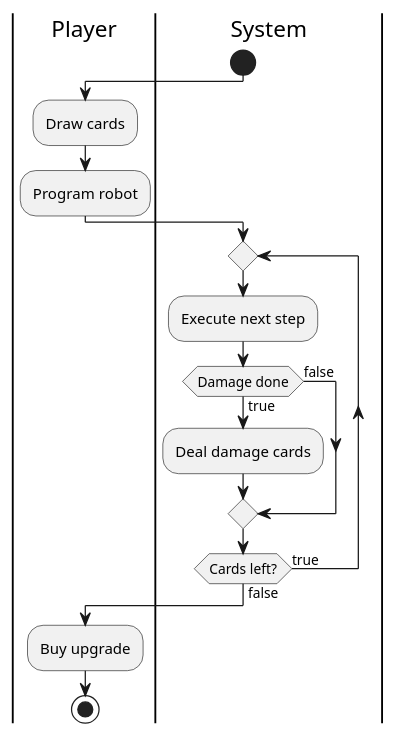
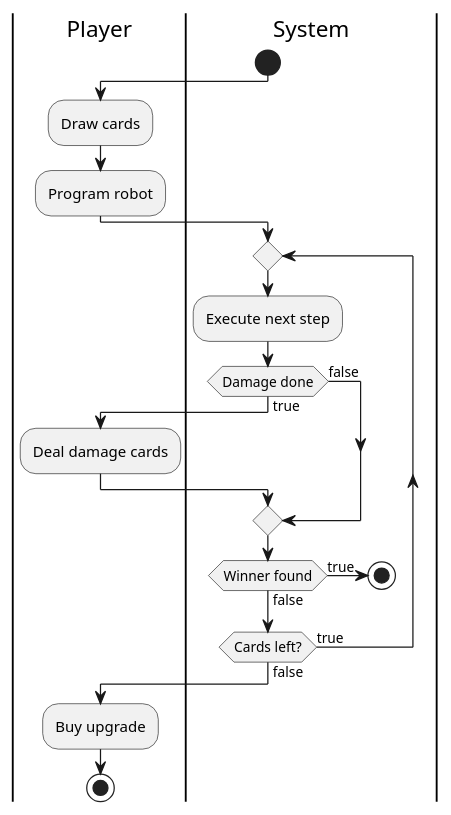
The diagram in src/main/Diagrams/ActivityOfOneRound.puml (CDIO-gr-17/RoboRally), drawn with PlantUML before and after one commit. The commit also changed 3 other files, not shown here.

```diff
--- a/src/main/Diagrams/ActivityOfOneRound.puml
+++ b/src/main/Diagrams/ActivityOfOneRound.puml
@@ -1,29 +1,35 @@
 @startuml
 'https://plantuml.com/activity-diagram-beta
 
 |Player|
 |System|
 start
 |Player|
 :Draw cards;
 |Player|
 :Program robot;
 |System|
 repeat
 :Execute next step;
 
 if (Damage done) then (true)
+|Player|
 :Deal damage cards;
 
 else (false)
 
 endif
-
+|System|
+if (Winner found) then (true)
+stop
+else (false)
+endif
+|System|
 repeat while (Cards left?) is (true) not (false)
 
 |Player|
 :Buy upgrade;
 
 stop
 
 @enduml
```
